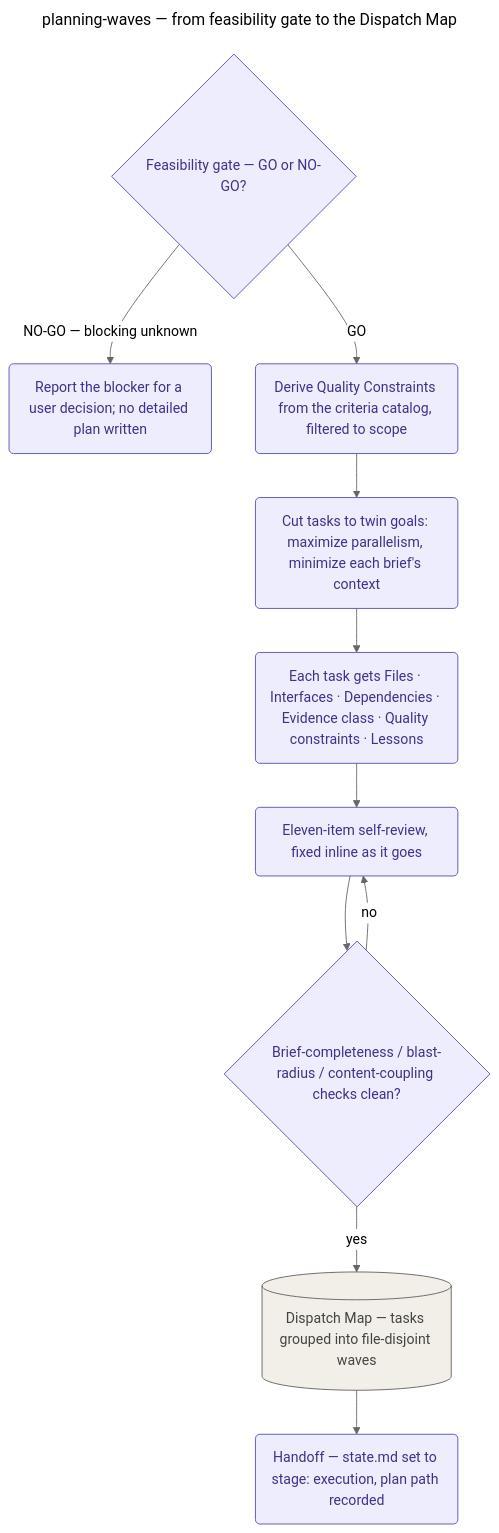
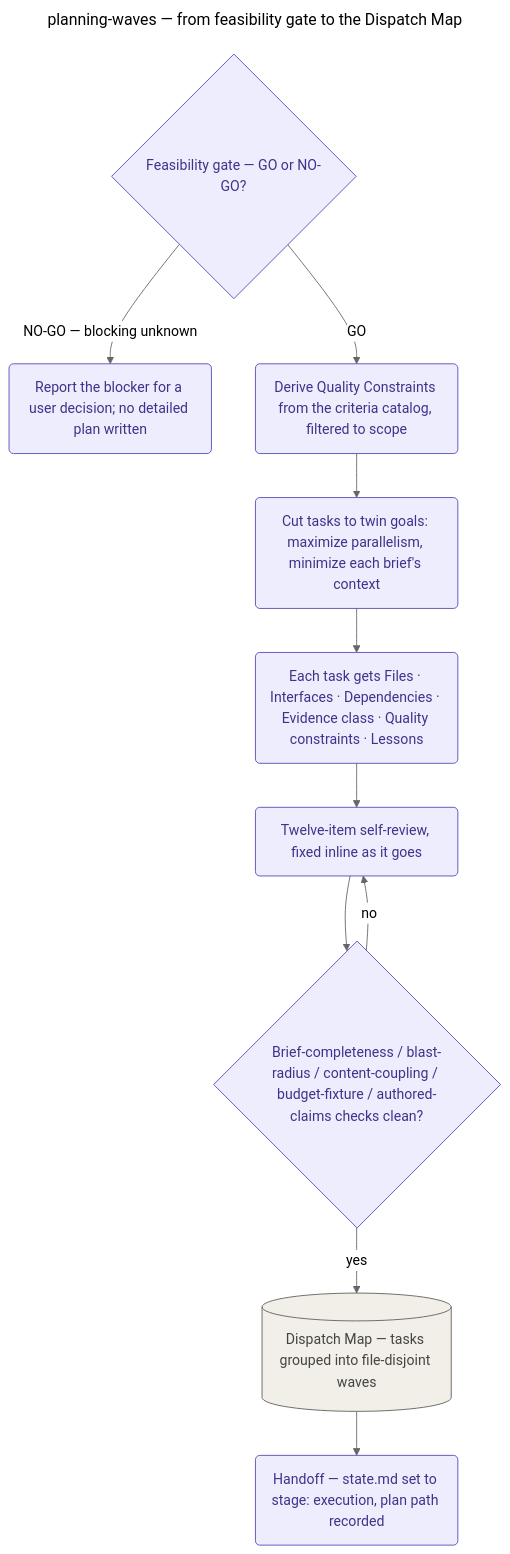
Before and after one commit to KonstantinRoehrl/devcycle: the diagram in docs/playbooks/planning-waves/README.md, drawn with Mermaid (neutral theme). The commit also changed other lines of this file and 75 other files, not shown here.

````diff
--- a/docs/playbooks/planning-waves/README.md
+++ b/docs/playbooks/planning-waves/README.md
@@ -54,21 +60,21 @@
 ```mermaid
 ---
 title: planning-waves — from feasibility gate to the Dispatch Map
-accDescr: Playbook-internal flowchart of the planning stage, from the feasibility gate's GO/NO-GO verdict through quality-constraint derivation, task cutting to the twin goals of parallelism and minimal context, the ten-item self-review gate, the Dispatch Map, and the handoff to execution.
+accDescr: Playbook-internal flowchart of the planning stage, from the feasibility gate's GO/NO-GO verdict through quality-constraint derivation, task cutting to the twin goals of parallelism and minimal context, the twelve-item self-review gate, the Dispatch Map, and the handoff to execution.
 ---
 flowchart TD
     FEAS{"Feasibility gate — GO or NO-GO?"}:::stage
     FEAS -->|"NO-GO — blocking unknown"| REPORT("Report the blocker for a user decision; no detailed plan written"):::stage
     FEAS -->|GO| QC("Derive Quality Constraints from the criteria catalog, filtered to scope"):::stage
     QC --> CUT("Cut tasks to twin goals: maximize parallelism, minimize each brief's context"):::stage
     CUT --> TASK("Each task gets Files · Interfaces · Dependencies · Evidence class · Quality constraints · Lessons"):::stage
-    TASK --> SELFREVIEW("Eleven-item self-review, fixed inline as it goes"):::stage
-    SELFREVIEW --> GATE{"Brief-completeness / blast-radius / content-coupling checks clean?"}:::stage
+    TASK --> SELFREVIEW("Twelve-item self-review, fixed inline as it goes"):::stage
+    SELFREVIEW --> GATE{"Brief-completeness / blast-radius / content-coupling / budget-fixture / authored-claims checks clean?"}:::stage
     GATE -->|no| SELFREVIEW
     GATE -->|yes| MAP[("Dispatch Map — tasks grouped into file-disjoint waves")]:::structural
     MAP --> HANDOFF("Handoff — state.md set to stage: execution, plan path recorded"):::stage
 
     classDef stage fill:#EEEDFE,stroke:#534AB7,color:#3C3489;
     classDef tool fill:#E1F5EE,stroke:#0F6E56,color:#085041,stroke-dasharray:5 5;
     classDef structural fill:#F1EFE8,stroke:#5F5E5A,color:#444441;
 ```
````
